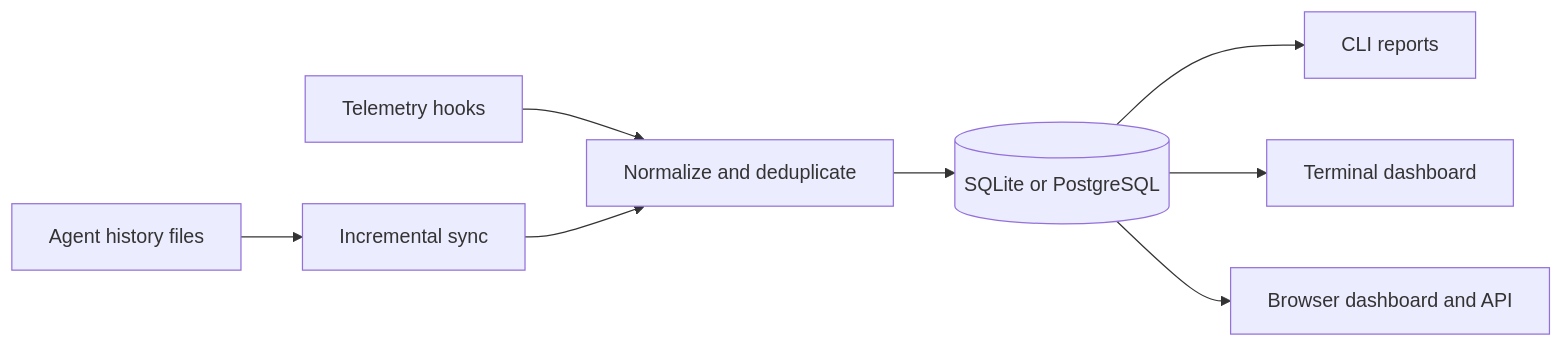
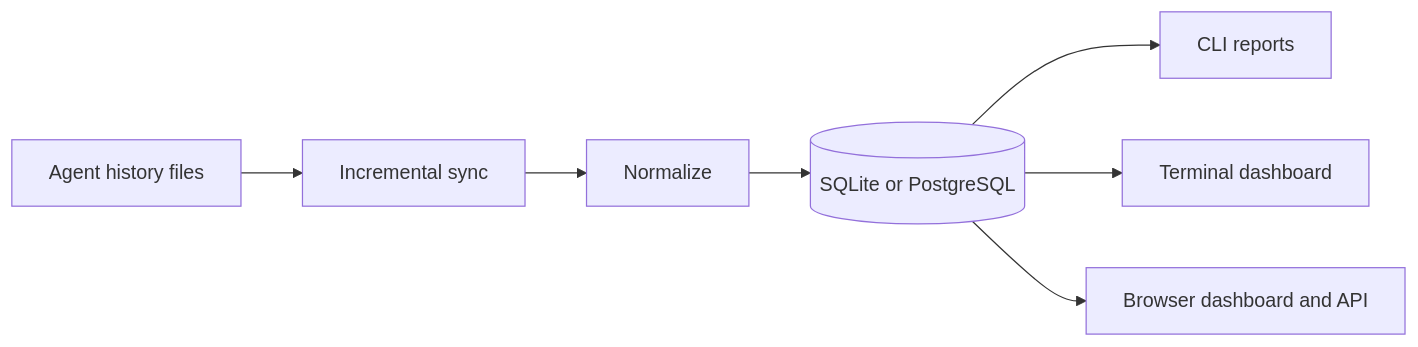
The diagram in README.md (binzhango/agentusage), drawn with Mermaid before and after one commit. The commit also changed other lines of this file and 32 other files, not shown here.

````diff
--- a/README.md
+++ b/README.md
@@ -134,10 +147,9 @@
 ```mermaid
 flowchart LR
     Sources[Agent history files] --> Sync[Incremental sync]
-    Hooks[Telemetry hooks] --> Normalize[Normalize and deduplicate]
     Sync --> Normalize
     Normalize --> Storage[(SQLite or PostgreSQL)]
     Storage --> CLI[CLI reports]
     Storage --> TUI[Terminal dashboard]
     Storage --> Web[Browser dashboard and API]
 ```
````
